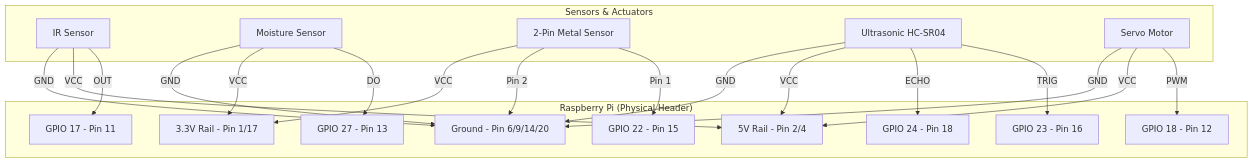
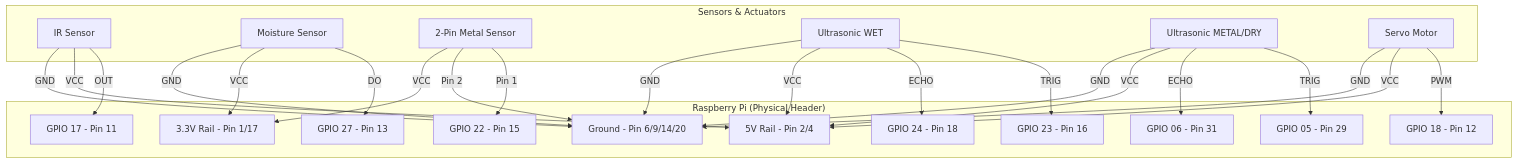
The diagram in connection.md (Blunistark/Diwaker-Capstone), drawn with Mermaid before and after one commit. The commit also changed other lines of this file and 2 other files, not shown here.

Commit message:
feat: implement UltrasonicSensor class and update connection documentation for dual sensor support

````diff
--- a/connection.md
+++ b/connection.md
@@ -7,48 +7,57 @@
 ```mermaid
 graph TD
     subgraph "Raspberry Pi (Physical Header)"
         P11[GPIO 17 - Pin 11]
         P13[GPIO 27 - Pin 13]
         P15[GPIO 22 - Pin 15]
         P16[GPIO 23 - Pin 16]
         P18[GPIO 24 - Pin 18]
         P12[GPIO 18 - Pin 12]
+        P29[GPIO 05 - Pin 29]
+        P31[GPIO 06 - Pin 31]
         V5[5V Rail - Pin 2/4]
         V3[3.3V Rail - Pin 1/17]
         GND[Ground - Pin 6/9/14/20]
     end
 
     subgraph "Sensors & Actuators"
         IR[IR Sensor]
         MS[Moisture Sensor]
         MET[2-Pin Metal Sensor]
-        ULT[Ultrasonic HC-SR04]
+        ULT1[Ultrasonic WET]
+        ULT2[Ultrasonic METAL/DRY]
         SRV[Servo Motor]
     end
 
     %% IR Sensor
     IR -- OUT --> P11
     IR -- VCC --> V5
     IR -- GND --> GND
 
     %% Moisture Sensor
     MS -- DO --> P13
     MS -- VCC --> V3
     MS -- GND --> GND
 
     %% 2-Pin Metal Sensor (Assuming Switch Mode)
     MET -- Pin 1 --> P15
     MET -- Pin 2 --> GND
     MET -- VCC --> V3
 
-    %% Ultrasonic Sensor
-    ULT -- TRIG --> P16
-    ULT -- ECHO --> P18
-    ULT -- VCC --> V5
-    ULT -- GND --> GND
+    %% Ultrasonic Sensor 1 (Wet)
+    ULT1 -- TRIG --> P16
+    ULT1 -- ECHO --> P18
+    ULT1 -- VCC --> V5
+    ULT1 -- GND --> GND
+
+    %% Ultrasonic Sensor 2 (Metal/Dry)
+    ULT2 -- TRIG --> P29
+    ULT2 -- ECHO --> P31
+    ULT2 -- VCC --> V5
+    ULT2 -- GND --> GND
 
     %% Servo
     SRV -- PWM --> P12
     SRV -- VCC --> V5
     SRV -- GND --> GND
 ```
````
